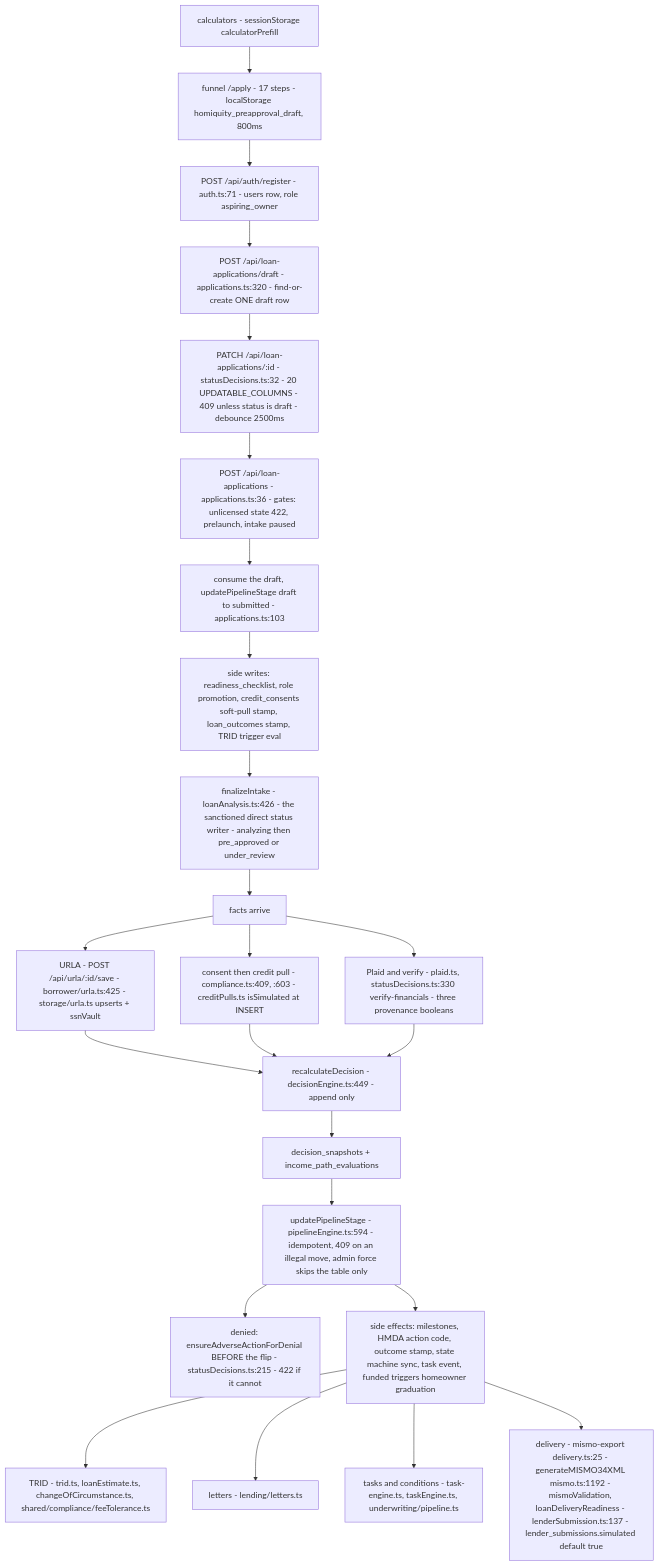
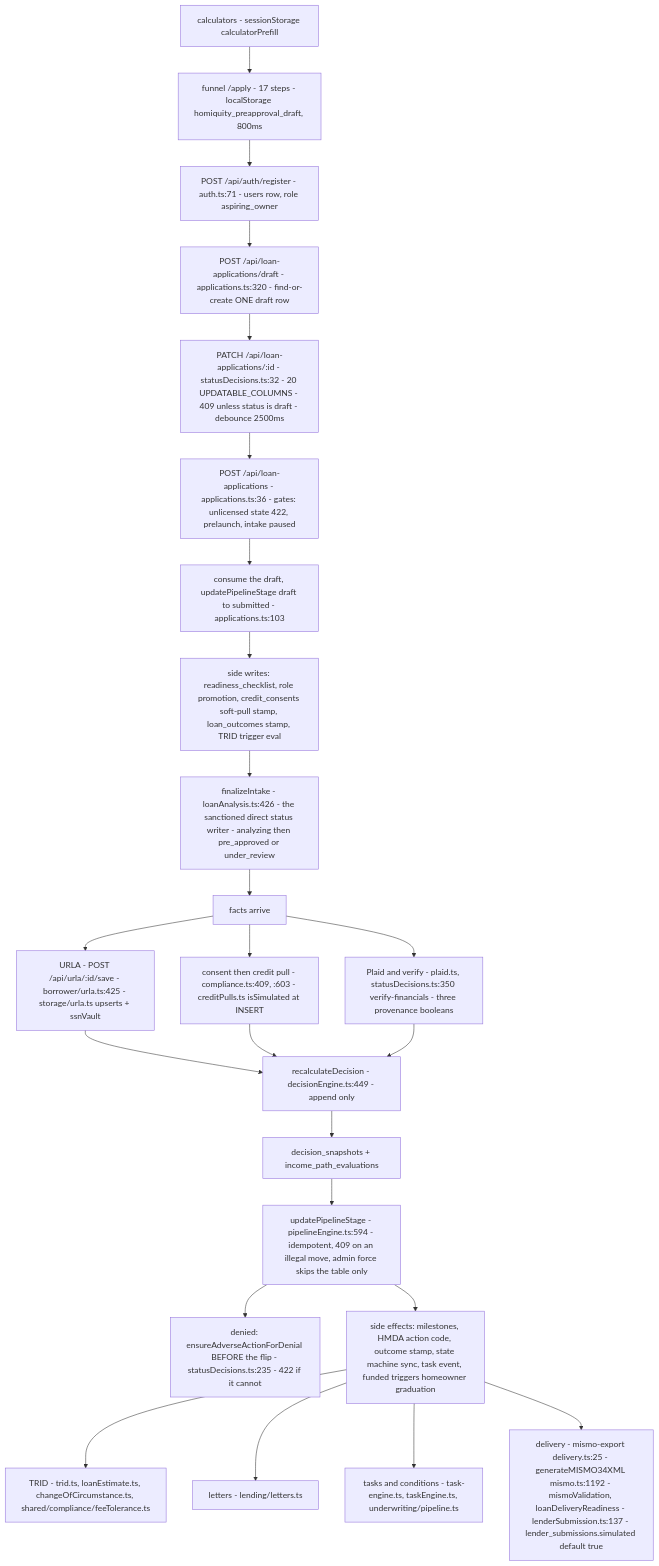
Before and after one commit to barakatammre84/Homiquity: the diagram in knowledge-base/handoff/04-data-flow-loan-journey.md, drawn with Mermaid. The commit also changed other lines of this file and 14 other files, not shown here.

````diff
--- a/knowledge-base/handoff/04-data-flow-loan-journey.md
+++ b/knowledge-base/handoff/04-data-flow-loan-journey.md
@@ -36,26 +36,26 @@
 ```mermaid
 flowchart TD
   A["calculators - sessionStorage calculatorPrefill"] --> B["funnel /apply - 17 steps - localStorage homiquity_preapproval_draft, 800ms"]
   B --> C["POST /api/auth/register - auth.ts:71 - users row, role aspiring_owner"]
   C --> D["POST /api/loan-applications/draft - applications.ts:320 - find-or-create ONE draft row"]
   D --> E["PATCH /api/loan-applications/:id - statusDecisions.ts:32 - 20 UPDATABLE_COLUMNS - 409 unless status is draft - debounce 2500ms"]
   E --> F["POST /api/loan-applications - applications.ts:36 - gates: unlicensed state 422, prelaunch, intake paused"]
   F --> G["consume the draft, updatePipelineStage draft to submitted - applications.ts:103"]
   G --> H["side writes: readiness_checklist, role promotion, credit_consents soft-pull stamp, loan_outcomes stamp, TRID trigger eval"]
   H --> I["finalizeIntake - loanAnalysis.ts:426 - the sanctioned direct status writer - analyzing then pre_approved or under_review"]
   I --> J["facts arrive"]
   J --> K["URLA - POST /api/urla/:id/save - borrower/urla.ts:425 - storage/urla.ts upserts + ssnVault"]
   J --> L["consent then credit pull - compliance.ts:409, :603 - creditPulls.ts isSimulated at INSERT"]
-  J --> M["Plaid and verify - plaid.ts, statusDecisions.ts:330 verify-financials - three provenance booleans"]
+  J --> M["Plaid and verify - plaid.ts, statusDecisions.ts:350 verify-financials - three provenance booleans"]
   K --> N["recalculateDecision - decisionEngine.ts:449 - append only"]
   L --> N
   M --> N
   N --> O["decision_snapshots + income_path_evaluations"]
   O --> P["updatePipelineStage - pipelineEngine.ts:594 - idempotent, 409 on an illegal move, admin force skips the table only"]
-  P --> R["denied: ensureAdverseActionForDenial BEFORE the flip - statusDecisions.ts:215 - 422 if it cannot"]
+  P --> R["denied: ensureAdverseActionForDenial BEFORE the flip - statusDecisions.ts:235 - 422 if it cannot"]
   P --> Q["side effects: milestones, HMDA action code, outcome stamp, state machine sync, task event, funded triggers homeowner graduation"]
   Q --> S["TRID - trid.ts, loanEstimate.ts, changeOfCircumstance.ts, shared/compliance/feeTolerance.ts"]
   Q --> T["letters - lending/letters.ts"]
   Q --> U["tasks and conditions - task-engine.ts, taskEngine.ts, underwriting/pipeline.ts"]
   Q --> V["delivery - mismo-export delivery.ts:25 - generateMISMO34XML mismo.ts:1192 - mismoValidation, loanDeliveryReadiness - lenderSubmission.ts:137 - lender_submissions.simulated default true"]
 ```
````
